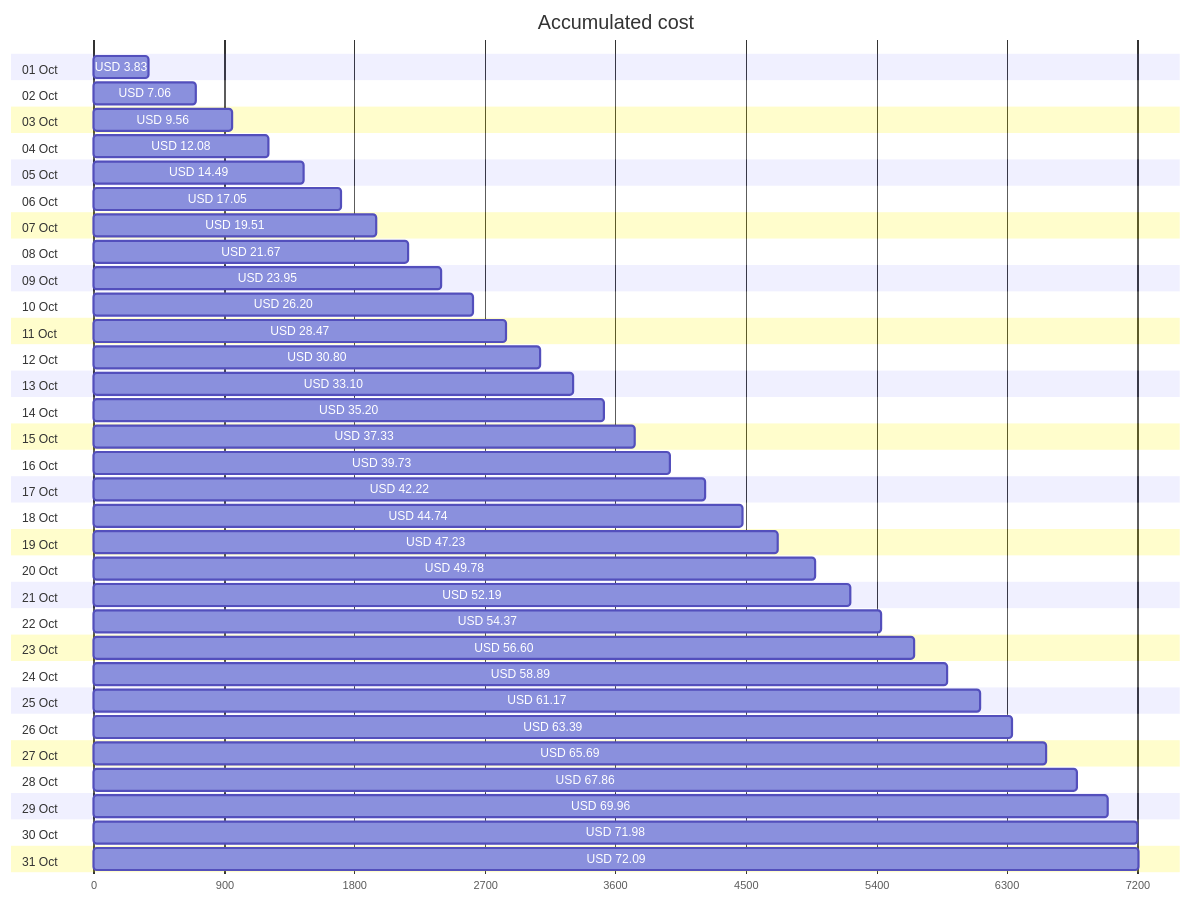
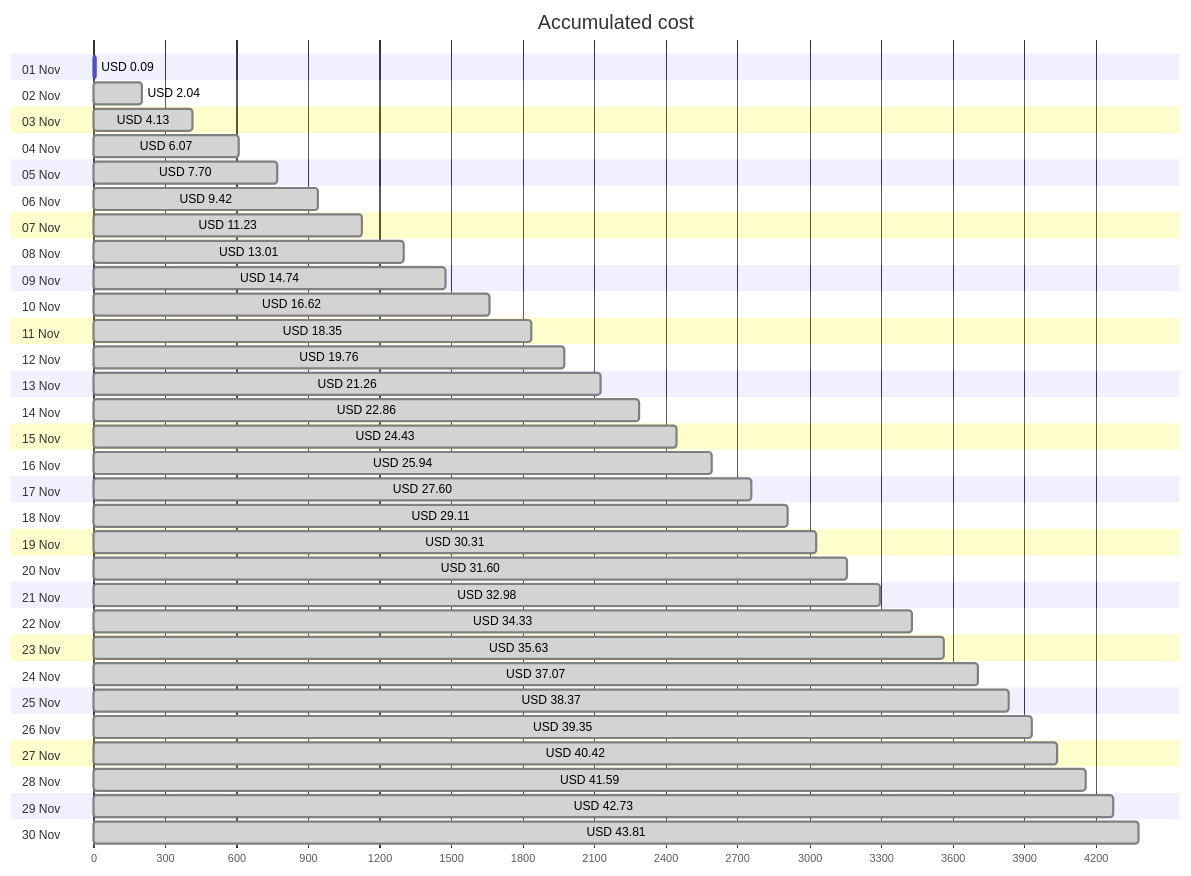
One commit to jpfulton/azure-personal-reports changed the first of 4 diagrams in cost-reports/accumulated-cost.md. Above: the diagram before and after it, drawn with Mermaid. The commit also changed other lines of this file and 4 other files, not shown here.

````diff
--- a/cost-reports/accumulated-cost.md
+++ b/cost-reports/accumulated-cost.md
@@ -20,68 +20,66 @@
 ```mermaid
 gantt
    title Accumulated cost
    dateFormat  X
    axisFormat %s
-   section 01 Oct
-   USD 3.83 :0, 383
-   section 02 Oct
-   USD 7.06 :0, 706
-   section 03 Oct
-   USD 9.56 :0, 956
-   section 04 Oct
-   USD 12.08 :0, 1208
-   section 05 Oct
-   USD 14.49 :0, 1449
-   section 06 Oct
-   USD 17.05 :0, 1705
-   section 07 Oct
-   USD 19.51 :0, 1951
-   section 08 Oct
-   USD 21.67 :0, 2167
-   section 09 Oct
-   USD 23.95 :0, 2395
-   section 10 Oct
-   USD 26.20 :0, 2620
-   section 11 Oct
-   USD 28.47 :0, 2847
-   section 12 Oct
-   USD 30.80 :0, 3080
-   section 13 Oct
-   USD 33.10 :0, 3310
-   section 14 Oct
-   USD 35.20 :0, 3520
-   section 15 Oct
-   USD 37.33 :0, 3733
-   section 16 Oct
-   USD 39.73 :0, 3973
-   section 17 Oct
-   USD 42.22 :0, 4222
-   section 18 Oct
-   USD 44.74 :0, 4474
-   section 19 Oct
-   USD 47.23 :0, 4723
-   section 20 Oct
-   USD 49.78 :0, 4978
-   section 21 Oct
-   USD 52.19 :0, 5219
-   section 22 Oct
-   USD 54.37 :0, 5437
-   section 23 Oct
-   USD 56.60 :0, 5660
-   section 24 Oct
-   USD 58.89 :0, 5889
-   section 25 Oct
-   USD 61.17 :0, 6117
-   section 26 Oct
-   USD 63.39 :0, 6339
-   section 27 Oct
-   USD 65.69 :0, 6569
-   section 28 Oct
-   USD 67.86 :0, 6786
-   section 29 Oct
-   USD 69.96 :0, 6996
-   section 30 Oct
-   USD 71.98 :0, 7198
-   section 31 Oct
-   USD 72.09 :0, 7209
+   section 01 Nov
+   USD 0.09 :0, 9
+   section 02 Nov
+   USD 2.04 : done, 0, 204
+   section 03 Nov
+   USD 4.13 : done, 0, 413
+   section 04 Nov
+   USD 6.07 : done, 0, 607
+   section 05 Nov
+   USD 7.70 : done, 0, 770
+   section 06 Nov
+   USD 9.42 : done, 0, 942
+   section 07 Nov
+   USD 11.23 : done, 0, 1123
+   section 08 Nov
+   USD 13.01 : done, 0, 1301
+   section 09 Nov
+   USD 14.74 : done, 0, 1474
+   section 10 Nov
+   USD 16.62 : done, 0, 1662
+   section 11 Nov
+   USD 18.35 : done, 0, 1835
+   section 12 Nov
+   USD 19.76 : done, 0, 1976
+   section 13 Nov
+   USD 21.26 : done, 0, 2126
+   section 14 Nov
+   USD 22.86 : done, 0, 2286
+   section 15 Nov
+   USD 24.43 : done, 0, 2443
+   section 16 Nov
+   USD 25.94 : done, 0, 2594
+   section 17 Nov
+   USD 27.60 : done, 0, 2760
+   section 18 Nov
+   USD 29.11 : done, 0, 2911
+   section 19 Nov
+   USD 30.31 : done, 0, 3031
+   section 20 Nov
+   USD 31.60 : done, 0, 3160
+   section 21 Nov
+   USD 32.98 : done, 0, 3298
+   section 22 Nov
+   USD 34.33 : done, 0, 3433
+   section 23 Nov
+   USD 35.63 : done, 0, 3563
+   section 24 Nov
+   USD 37.07 : done, 0, 3707
+   section 25 Nov
+   USD 38.37 : done, 0, 3837
+   section 26 Nov
+   USD 39.35 : done, 0, 3935
+   section 27 Nov
+   USD 40.42 : done, 0, 4042
+   section 28 Nov
+   USD 41.59 : done, 0, 4159
+   section 29 Nov
+   USD 42.73 : done, 0, 4273
+   section 30 Nov
+   USD 43.81 : done, 0, 4381
 ```
````
